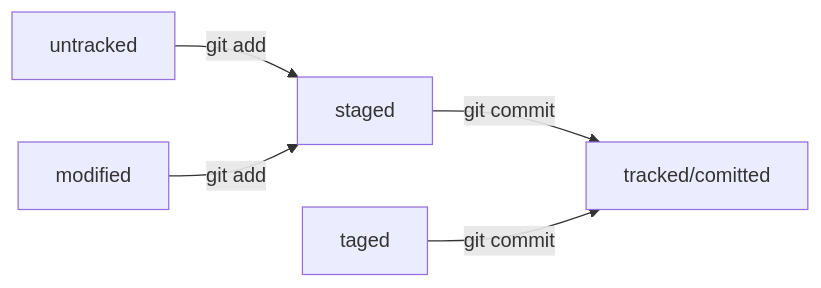
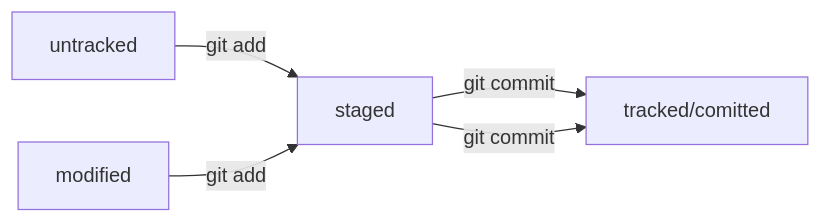
The diagram in README.md (Barzabel/practicum_yandex_git), drawn with Mermaid before and after one commit.

Commit message:
исправить опечатку в схеме в слове staged

````diff
--- a/README.md
+++ b/README.md
@@ -27,10 +27,10 @@
 ```mermaid
 graph LR;
   %% состояния в git: 
   %% создали новый файл
   untracked -- "git add" --> staged;
   staged    -- "git commit"     --> tracked/comitted;
   %% изминили существкющий
   modified -- "git add" --> staged;
-  taged    -- "git commit"     --> tracked/comitted;
+  staged   -- "git commit"     --> tracked/comitted;
 ```
````
